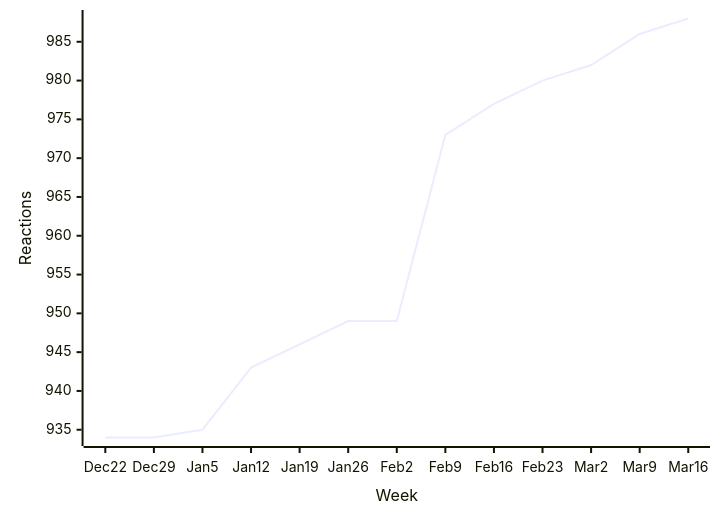
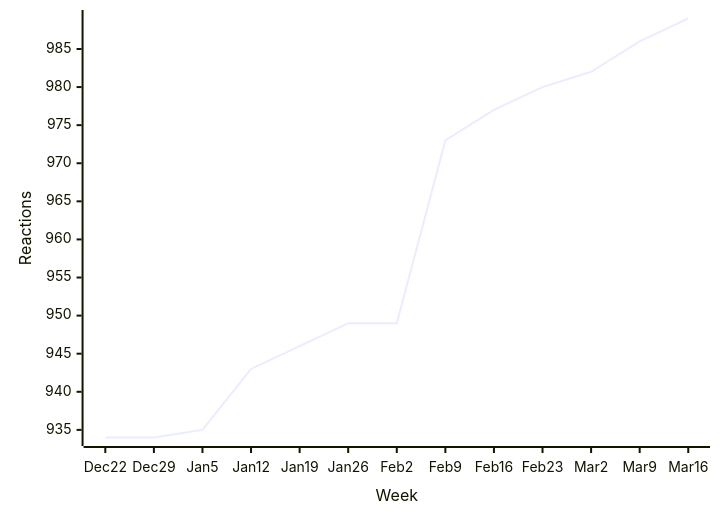
Before and after one commit to loic-sharma/github-insights: the first of 58 diagrams in README.md, drawn with Mermaid. The commit also changed other lines of this file and 3 other files, not shown here.

````diff
--- a/README.md
+++ b/README.md
@@ -339,6 +339,6 @@
   ```mermaid
   xychart-beta
     x-axis "Week" [Dec 22, Dec 29, Jan 5, Jan 12, Jan 19, Jan 26, Feb 2, Feb 9, Feb 16, Feb 23, Mar 2, Mar 9, Mar 16]
     y-axis "Reactions"
-    line [934, 934, 935, 943, 946, 949, 949, 973, 977, 980, 982, 986, 988]
+    line [934, 934, 935, 943, 946, 949, 949, 973, 977, 980, 982, 986, 989]
   ```
````
